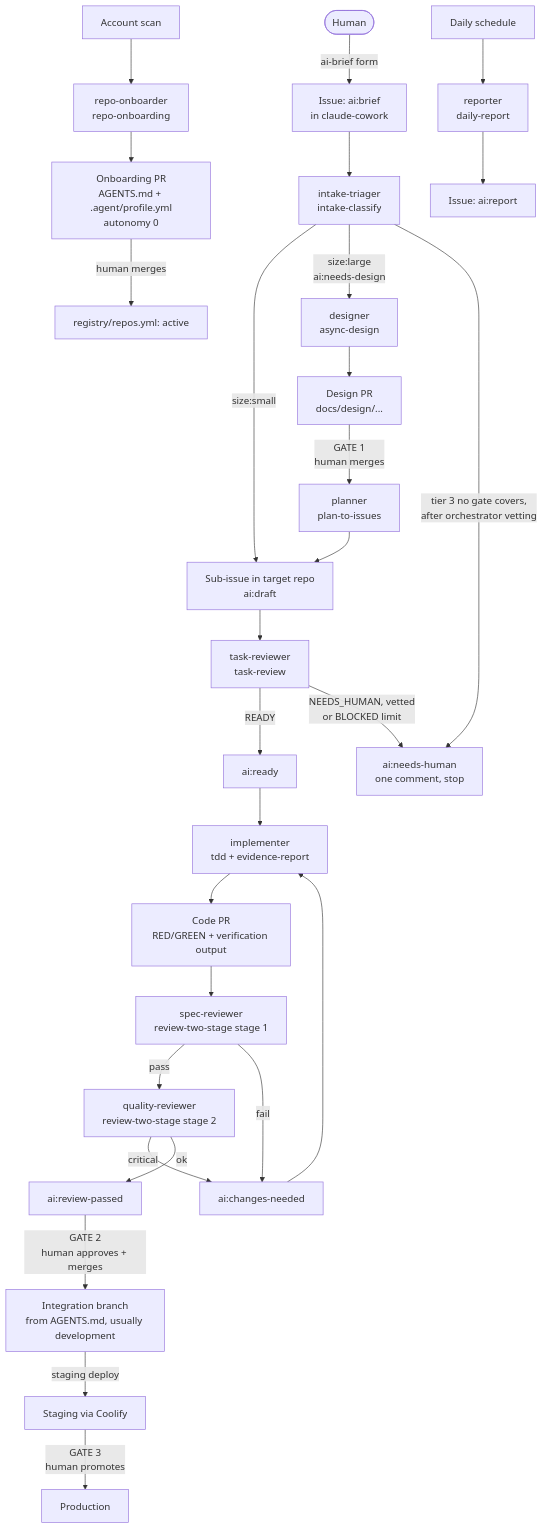
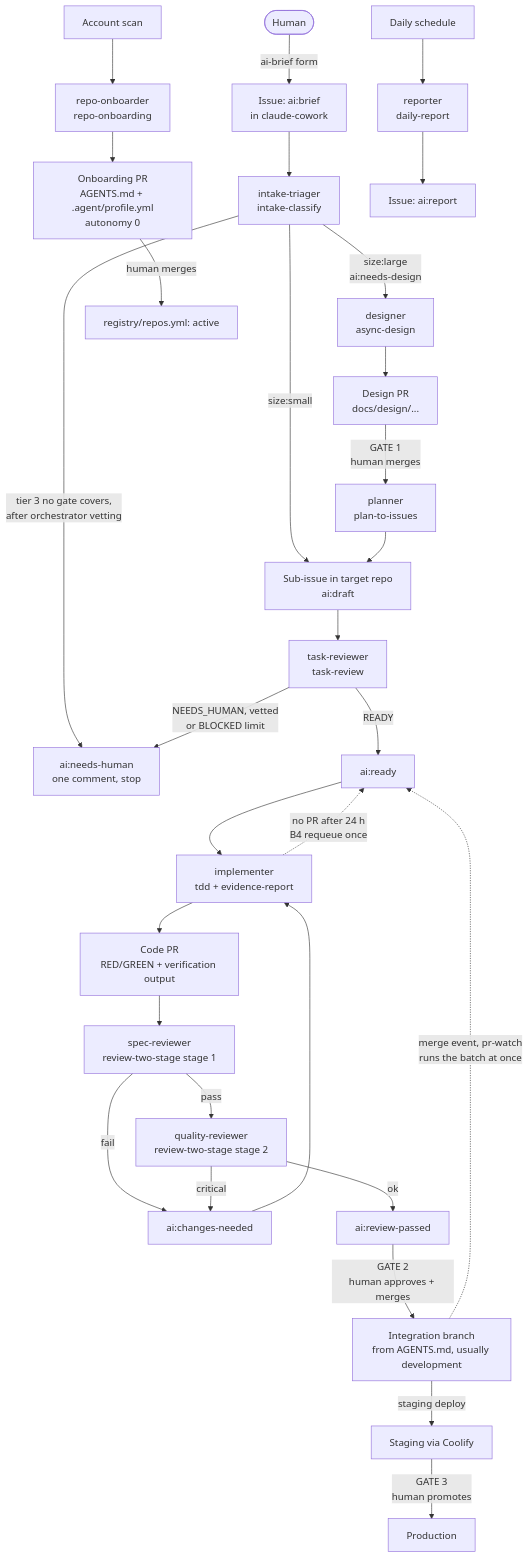
The diagram in docs/architecture.md (altaprimadev/claude-cowork), drawn with Mermaid before and after one commit. The commit also changed 12 other files, not shown here.

````diff
--- a/docs/architecture.md
+++ b/docs/architecture.md
@@ -41,32 +41,34 @@
 ```mermaid
 flowchart TD
     H([Human]) -->|ai-brief form| B[Issue: ai:brief<br/>in claude-cowork]
     B --> T[intake-triager<br/>intake-classify]
     T -->|size:small| DR[Sub-issue in target repo<br/>ai:draft]
     T -->|size:large<br/>ai:needs-design| D[designer<br/>async-design]
     T -->|tier 3 no gate covers,<br/>after orchestrator vetting| NH[ai:needs-human<br/>one comment, stop]
     D --> DPR[Design PR<br/>docs/design/...]
     DPR -->|GATE 1<br/>human merges| P[planner<br/>plan-to-issues]
     P --> DR
     DR --> TR[task-reviewer<br/>task-review]
     TR -->|READY| R[ai:ready]
     TR -->|NEEDS_HUMAN, vetted<br/>or BLOCKED limit| NH
     R --> I[implementer<br/>tdd + evidence-report]
     I --> PR[Code PR<br/>RED/GREEN + verification output]
     PR --> S1[spec-reviewer<br/>review-two-stage stage 1]
     S1 -->|pass| S2[quality-reviewer<br/>review-two-stage stage 2]
     S1 -->|fail| CN[ai:changes-needed]
     S2 -->|critical| CN
     CN --> I
     S2 -->|ok| RP[ai:review-passed]
     RP -->|GATE 2<br/>human approves + merges| M[Integration branch<br/>from AGENTS.md, usually development]
+    M -.->|merge event, pr-watch<br/>runs the batch at once| R
+    I -.->|no PR after 24 h<br/>B4 requeue once| R
     M -->|staging deploy| STG[Staging via Coolify]
     STG -->|GATE 3<br/>human promotes| PROD[Production]
 
     N[Account scan] --> O[repo-onboarder<br/>repo-onboarding]
     O --> OPR[Onboarding PR<br/>AGENTS.md + .agent/profile.yml<br/>autonomy 0]
     OPR -->|human merges| REG[registry/repos.yml: active]
 
     CRON[Daily schedule] --> REP[reporter<br/>daily-report]
     REP --> RI[Issue: ai:report]
 ```
````
